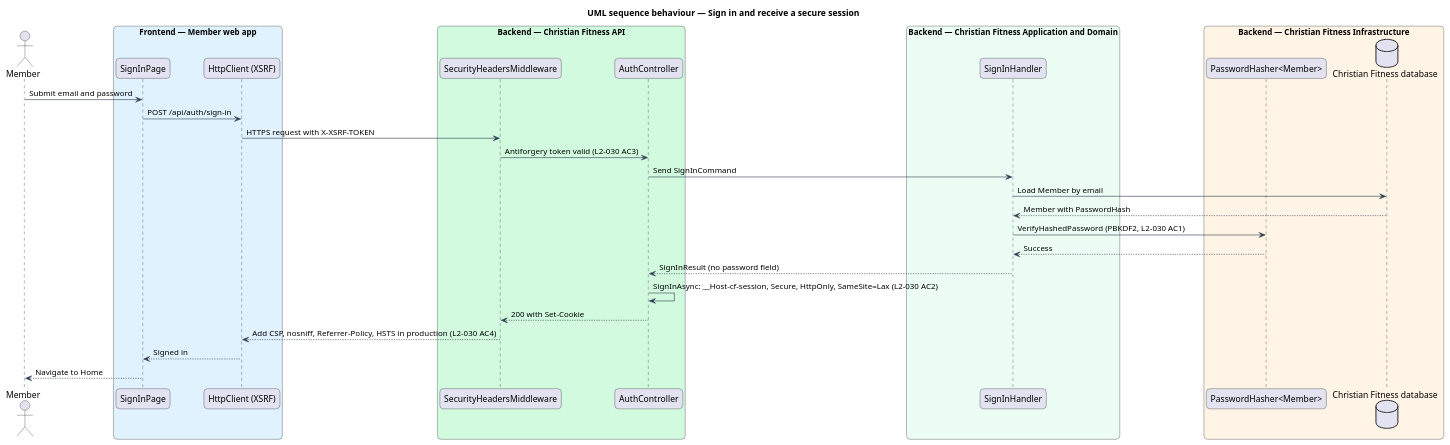
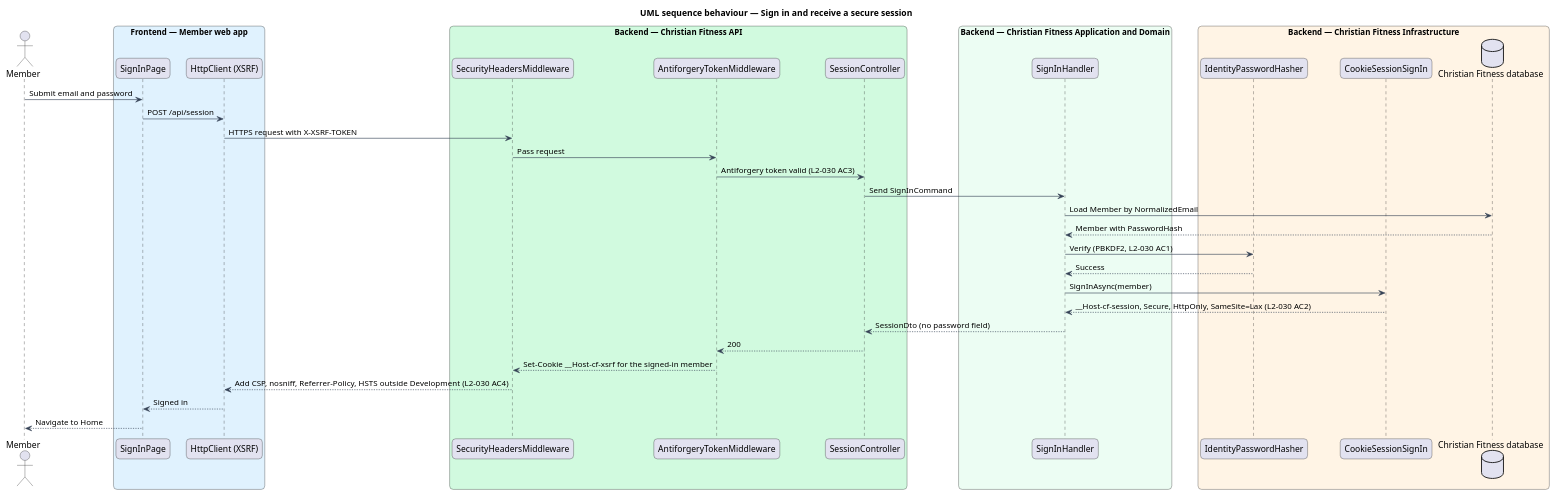
Before and after one commit to QuinntyneBrown/christian-fitness: the diagram in docs/detailed-designs/security/secure-sessions/diagrams/sequence-sign-in-cookie.puml, drawn with PlantUML. The commit also changed 94 other files, not shown here.

```diff
--- a/docs/detailed-designs/security/secure-sessions/diagrams/sequence-sign-in-cookie.puml
+++ b/docs/detailed-designs/security/secure-sessions/diagrams/sequence-sign-in-cookie.puml
@@ -1,48 +1,53 @@
 @startuml
 title UML sequence behaviour — Sign in and receive a secure session
 skinparam backgroundColor #FFFFFF
 skinparam shadowing false
 skinparam roundcorner 12
 skinparam defaultFontName Arial
 skinparam ArrowColor #344054
 skinparam rectangle {
   BorderColor #344054
   FontColor #101828
 }
 skinparam package {
   BorderColor #667085
   FontColor #101828
   BackgroundColor #F9FAFB
 }
 actor "Member" as actor
 box "Frontend — Member web app" #E0F2FE
   participant "SignInPage" as page
   participant "HttpClient (XSRF)" as http
 end box
 box "Backend — Christian Fitness API" #D1FADF
   participant "SecurityHeadersMiddleware" as hdr
-  participant "AuthController" as ctrl
+  participant "AntiforgeryTokenMiddleware" as tok
+  participant "SessionController" as ctrl
 end box
 box "Backend — Christian Fitness Application and Domain" #ECFDF3
   participant "SignInHandler" as h
 end box
 box "Backend — Christian Fitness Infrastructure" #FFF4E5
-  participant "PasswordHasher<Member>" as hash
+  participant "IdentityPasswordHasher" as hash
+  participant "CookieSessionSignIn" as sess
   database "Christian Fitness database" as db
 end box
 actor -> page : Submit email and password
-page -> http : POST /api/auth/sign-in
+page -> http : POST /api/session
 http -> hdr : HTTPS request with X-XSRF-TOKEN
-hdr -> ctrl : Antiforgery token valid (L2-030 AC3)
+hdr -> tok : Pass request
+tok -> ctrl : Antiforgery token valid (L2-030 AC3)
 ctrl -> h : Send SignInCommand
-h -> db : Load Member by email
+h -> db : Load Member by NormalizedEmail
 db --> h : Member with PasswordHash
-h -> hash : VerifyHashedPassword (PBKDF2, L2-030 AC1)
+h -> hash : Verify (PBKDF2, L2-030 AC1)
 hash --> h : Success
-h --> ctrl : SignInResult (no password field)
-ctrl -> ctrl : SignInAsync: __Host-cf-session, Secure, HttpOnly, SameSite=Lax (L2-030 AC2)
-ctrl --> hdr : 200 with Set-Cookie
-hdr --> http : Add CSP, nosniff, Referrer-Policy, HSTS in production (L2-030 AC4)
+h -> sess : SignInAsync(member)
+sess --> h : __Host-cf-session, Secure, HttpOnly, SameSite=Lax (L2-030 AC2)
+h --> ctrl : SessionDto (no password field)
+ctrl --> tok : 200
+tok --> hdr : Set-Cookie __Host-cf-xsrf for the signed-in member
+hdr --> http : Add CSP, nosniff, Referrer-Policy, HSTS outside Development (L2-030 AC4)
 http --> page : Signed in
 page --> actor : Navigate to Home
 @enduml
```
